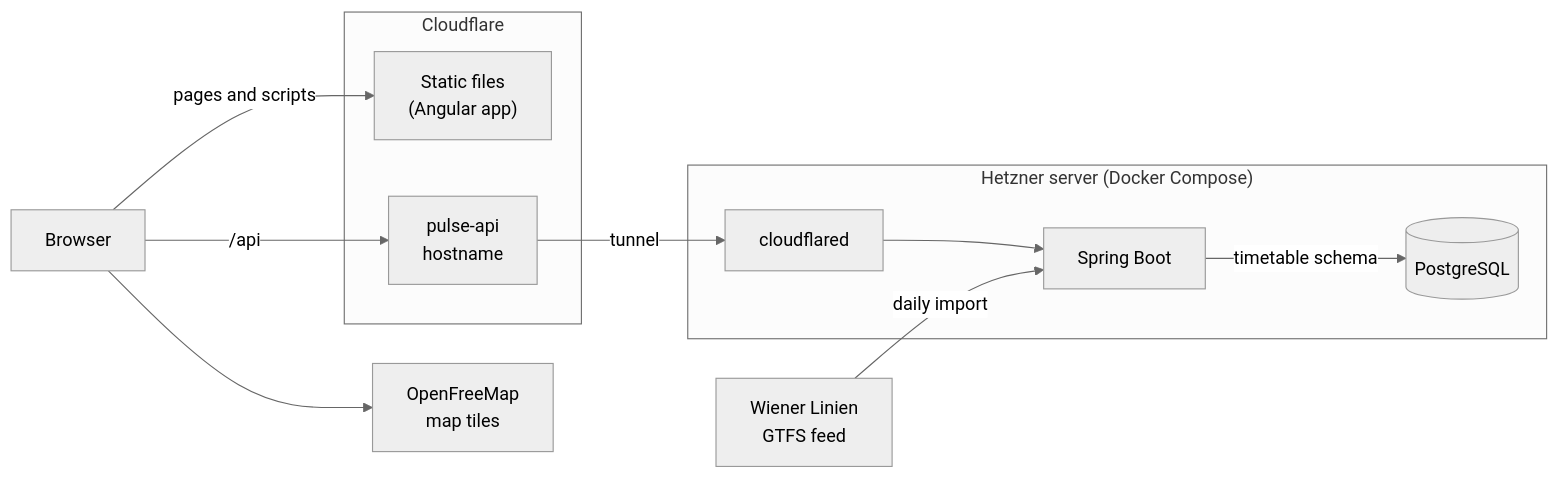
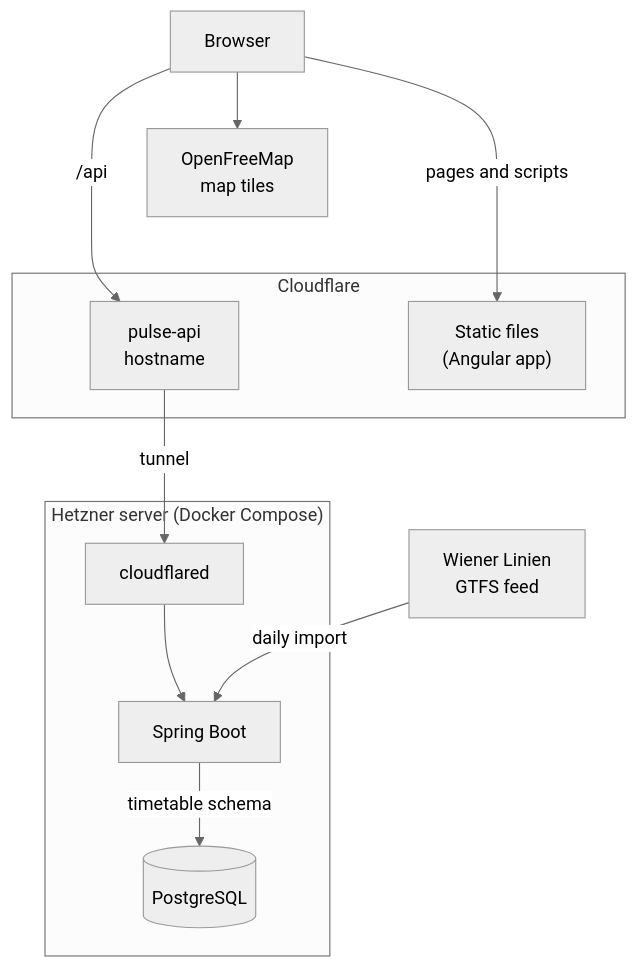
Before and after one commit to vlad-dancea/vienna-pulse-v2: the diagram in README.md, drawn with Mermaid (neutral theme).

Commit message:
Draw the architecture diagram from top to bottom (#74)
GitHub drew the left-to-right diagram about 1,540 pixels wide and shrank
it into the README column, so its text showed at about half size. On a
phone it was unreadable, and GitHub's zoom buttons covered PostgreSQL.

From top to bottom the diagram is about 460 pixels wide and shows at
full size on a desktop. Two invisible links put the feed under the
static files and the Hetzner box on the left, which keeps every box
clear of the zoom buttons. The boxes, arrows, labels and groupings are
unchanged.

Closes #64

````diff
--- a/README.md
+++ b/README.md
@@ -17,22 +17,27 @@
 ```mermaid
-flowchart LR
+flowchart TB
     browser["Browser"]
     tiles["OpenFreeMap<br/>map tiles"]
     feed["Wiener Linien<br/>GTFS feed"]
     subgraph cloudflare["Cloudflare"]
         assets["Static files<br/>(Angular app)"]
         api["pulse-api<br/>hostname"]
     end
     subgraph server["Hetzner server (Docker Compose)"]
         cloudflared["cloudflared"]
         backend["Spring Boot"]
         postgres[("PostgreSQL")]
     end
     browser -->|"pages and scripts"| assets
     browser -->|"/api"| api
     browser --> tiles
     api -->|"tunnel"| cloudflared
     cloudflared --> backend
     backend -->|"timetable schema"| postgres
     feed -->|"daily import"| backend
+    %% These draw no lines. They put the feed under the static files and the API under the
+    %% map tiles, which keeps the diagram narrow and PostgreSQL clear of GitHub's zoom
+    %% buttons in the bottom right corner.
+    assets ~~~ feed
+    tiles ~~~ api
 ```
````
